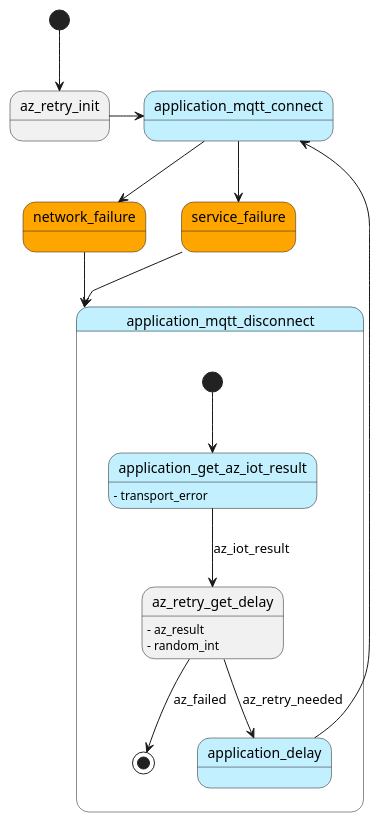
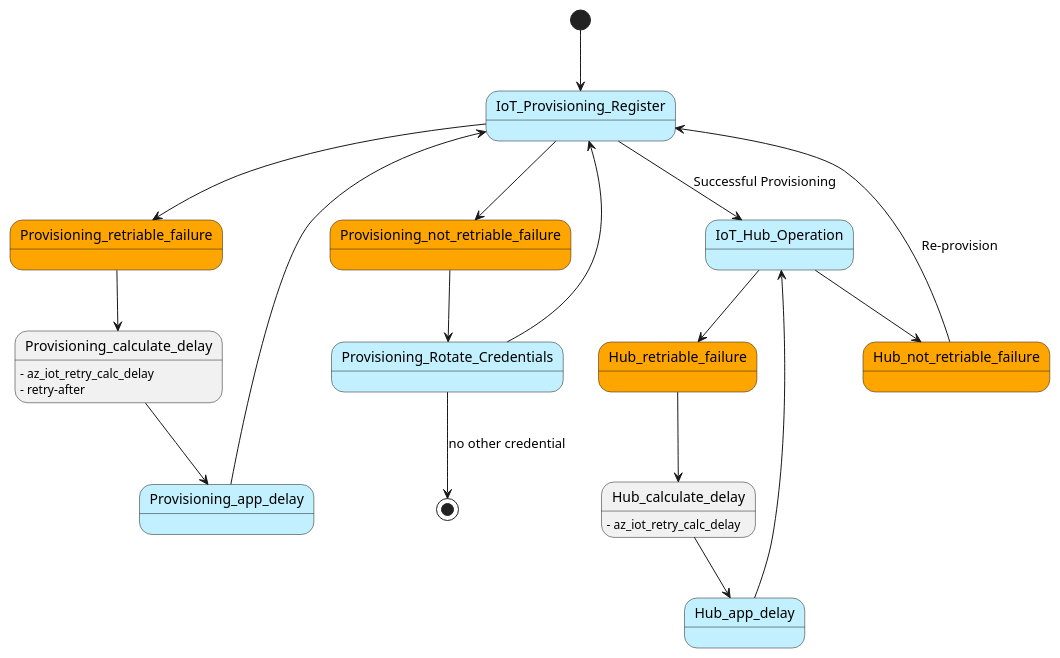
The diagram in sdk/iot/core/doc/resources/iot_retry_flow.puml (Azure/azure-sdk-for-c), drawn with PlantUML before and after one commit. The commit also changed 8 other files, not shown here.

```diff
--- a/sdk/iot/core/doc/resources/iot_retry_flow.puml
+++ b/sdk/iot/core/doc/resources/iot_retry_flow.puml
@@ -1,32 +1,46 @@
 @startuml
 skinparam state {
     BackgroundColor<<APP>> APPLICATION
     BackgroundColor<<STRUCT>> Lavender
     BackgroundColor<<FAIL>> Orange
 }
 
-[*] --> az_retry_init
-az_retry_init -> application_mqtt_connect
-state application_mqtt_connect <<APP>>
-application_mqtt_connect --> network_failure
-application_mqtt_connect --> service_failure
-state network_failure<<FAIL>>
-state service_failure<<FAIL>>
-network_failure --> application_mqtt_disconnect
-service_failure --> application_mqtt_disconnect
+[*] --> IoT_Provisioning_Register
+state IoT_Provisioning_Register <<APP>>
 
-state application_mqtt_disconnect<<APP>> {
-    [*] --> application_get_az_iot_result
-    state application_get_az_iot_result <<APP>>
-    application_get_az_iot_result --> az_retry_get_delay : az_iot_result
-    az_retry_get_delay --> application_delay : az_retry_needed
-    state application_delay <<APP>>
-    application_delay --> application_mqtt_connect
-    az_retry_get_delay --> [*] : az_failed
-}
+' Provisioning Retriable errors
+IoT_Provisioning_Register --> Provisioning_retriable_failure
+state Provisioning_retriable_failure<<FAIL>>
+Provisioning_retriable_failure --> Provisioning_calculate_delay
+Provisioning_calculate_delay --> Provisioning_app_delay
+state Provisioning_app_delay<<APP>>
+Provisioning_app_delay --> IoT_Provisioning_Register
+Provisioning_calculate_delay: - az_iot_retry_calc_delay
+Provisioning_calculate_delay: - retry-after
 
-application_get_az_iot_result : - transport_error
-az_retry_get_delay : - az_result
-az_retry_get_delay : - random_int
+' Provisioning Non-retriable 
+IoT_Provisioning_Register --> Provisioning_not_retriable_failure
+state Provisioning_not_retriable_failure<<FAIL>>
+Provisioning_not_retriable_failure --> Provisioning_Rotate_Credentials
+state Provisioning_Rotate_Credentials <<APP>>
+Provisioning_Rotate_Credentials --> IoT_Provisioning_Register
+Provisioning_Rotate_Credentials --> [*] : no other credential
+
+IoT_Provisioning_Register --> IoT_Hub_Operation : Successful Provisioning
+state IoT_Hub_Operation <<APP>>
+
+' Hub Retriable errors
+IoT_Hub_Operation --> Hub_retriable_failure
+state Hub_retriable_failure<<FAIL>>
+Hub_retriable_failure --> Hub_calculate_delay
+Hub_calculate_delay --> Hub_app_delay
+state Hub_app_delay<<APP>>
+Hub_app_delay --> IoT_Hub_Operation
+Hub_calculate_delay: - az_iot_retry_calc_delay
+
+' Hub Non-retriable 
+IoT_Hub_Operation --> Hub_not_retriable_failure
+state Hub_not_retriable_failure<<FAIL>>
+Hub_not_retriable_failure --> IoT_Provisioning_Register : Re-provision
 
 @enduml
```
